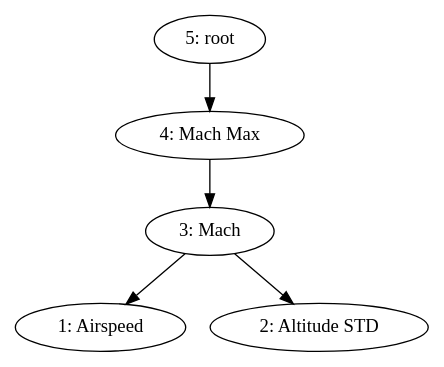
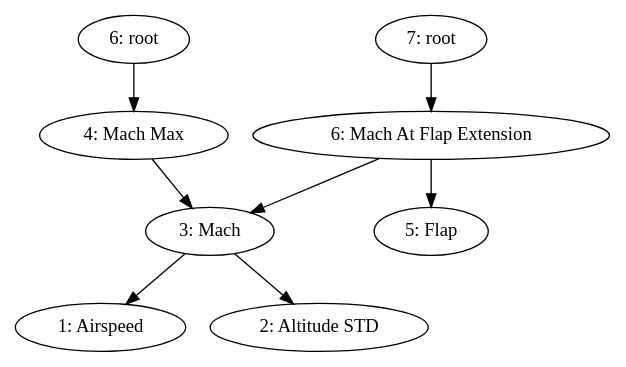
The seventh of 8 diagrams in doc/source/DependencyTree.rst (catawbasam/FlightDataAnalyzer), drawn with Graphviz before and after one commit. The commit also changed other lines of this file, not shown here.

```diff
--- a/doc/source/DependencyTree.rst
+++ b/doc/source/DependencyTree.rst
@@ -178,4 +222,6 @@
-.. digraph:: foo
+.. digraph:: MachMaxProcessingOrder  
 
-   "5: root" -> "4: Mach Max" -> "3: Mach" -> "1: Airspeed";
+   "6: root" -> "4: Mach Max" -> "3: Mach" -> "1: Airspeed";
    "3: Mach" -> "2: Altitude STD";
+   "7: root" -> "6: Mach At Flap Extension" -> "3: Mach";
+   "6: Mach At Flap Extension" -> "5: Flap";   
```
